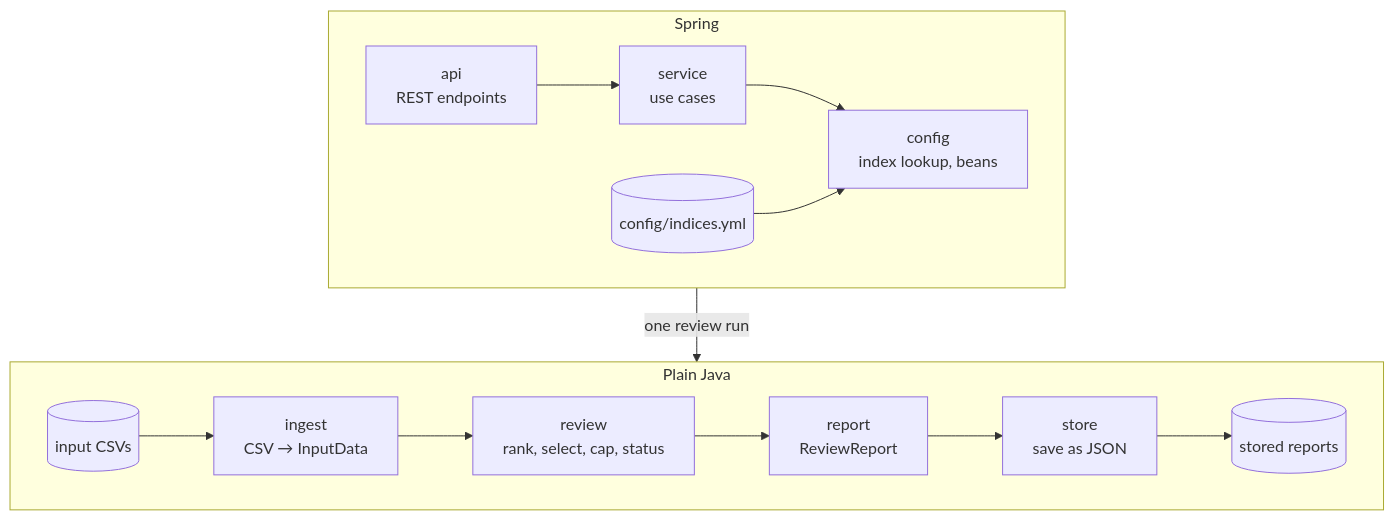
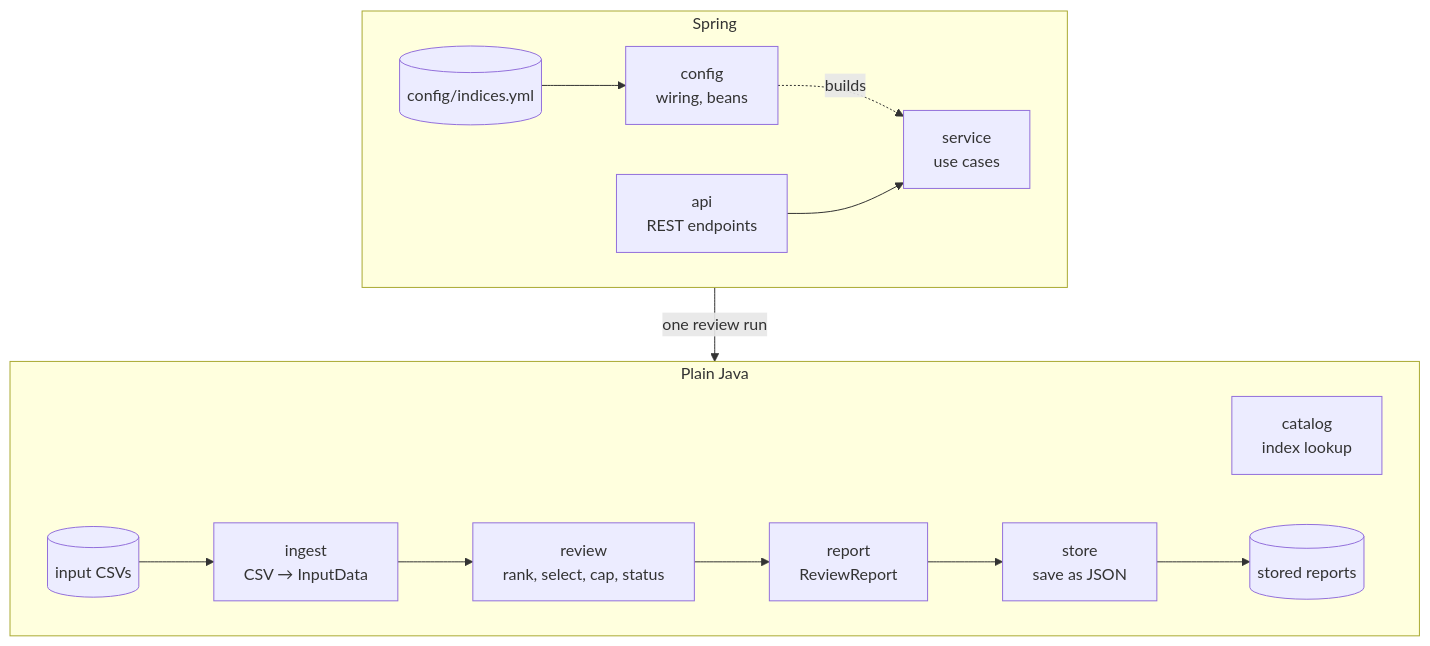
One commit to MarcMaetz/six-index changed the diagram in docs/DESIGN.md. Above: the diagram before and after it, drawn with Mermaid. The commit also changed other lines of this file and 14 other files, not shown here.

````diff
--- a/docs/DESIGN.md
+++ b/docs/DESIGN.md
@@ -22,13 +22,15 @@
 ```mermaid
 flowchart TB
     subgraph spring [Spring]
         direction LR
-        api["api<br/>REST endpoints"] --> service["service<br/>use cases"] --> config["config<br/>index lookup, beans"]
+        config["config<br/>wiring, beans"] -. builds .-> service
+        api["api<br/>REST endpoints"] --> service["service<br/>use cases"]
         yml[(config/indices.yml)] --> config
     end
     spring -- "one review run" --> plain
     subgraph plain [Plain Java]
         direction LR
+        catalog["catalog<br/>index lookup"]
         csv[(input CSVs)] --> ingest["ingest<br/>CSV → InputData"] --> review["review<br/>rank, select, cap, status"] --> report["report<br/>ReviewReport"] --> store["store<br/>save as JSON"] --> json[(stored reports)]
     end
 ```
````
